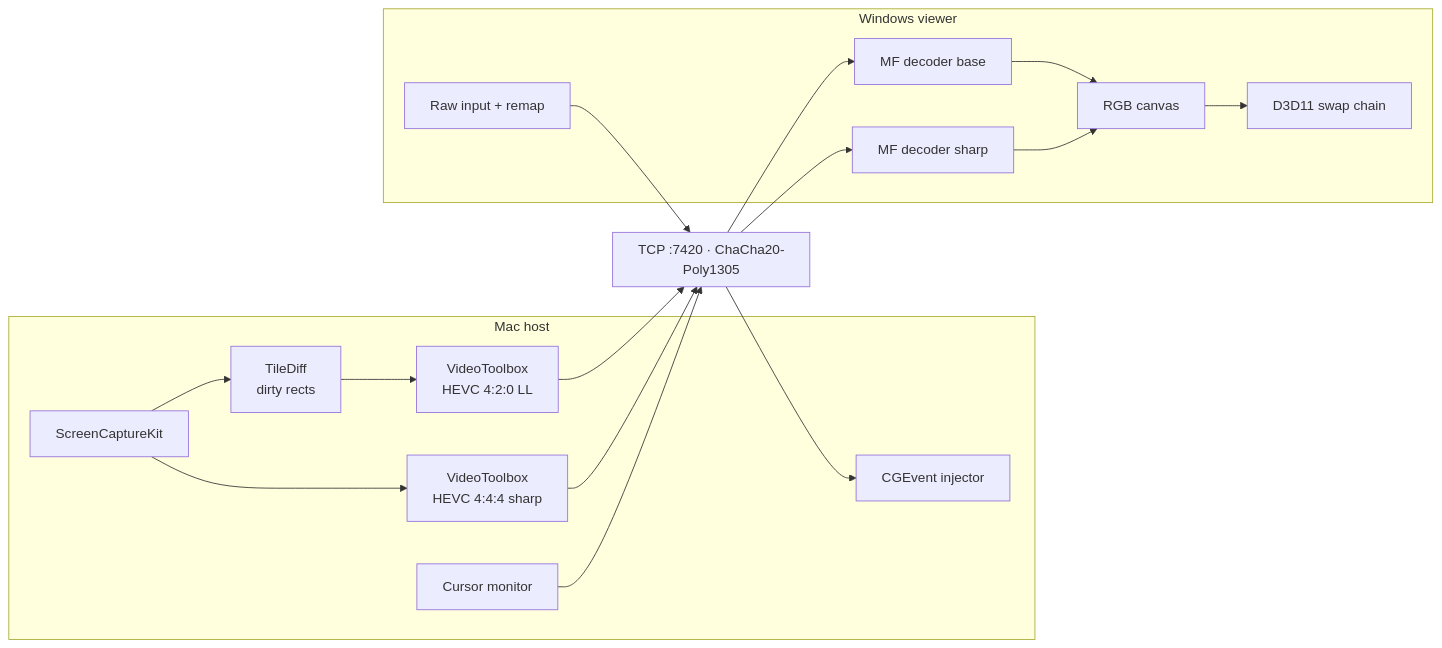
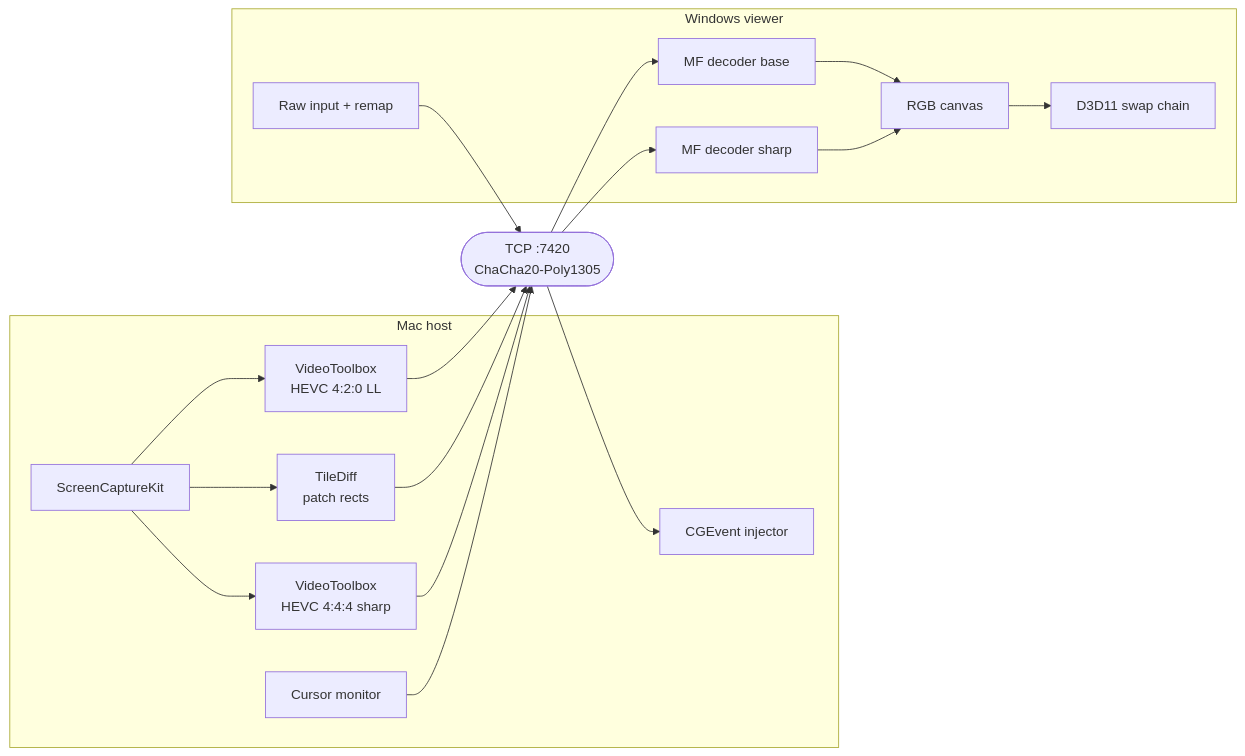
The diagram in README.md (sudoBrandino/glide), drawn with Mermaid before and after one commit.

Commit message:
README: mermaid diagram — TileDiff rects run beside the encoder

````diff
--- a/README.md
+++ b/README.md
@@ -43,22 +43,25 @@
 ```mermaid
 flowchart LR
   subgraph Mac["Mac host"]
-    SCK[ScreenCaptureKit] --> D[TileDiff<br/>dirty rects]
-    D --> E420[VideoToolbox<br/>HEVC 4:2:0 LL]
+    SCK[ScreenCaptureKit] --> E420[VideoToolbox<br/>HEVC 4:2:0 LL]
+    SCK --> D[TileDiff<br/>patch rects]
     SCK --> E444[VideoToolbox<br/>HEVC 4:4:4 sharp]
     CUR[Cursor monitor]
     INJ[CGEvent injector]
   end
-  subgraph Net["TCP :7420 · ChaCha20-Poly1305"]
-  end
+  NET(["TCP :7420<br/>ChaCha20-Poly1305"])
   subgraph PC["Windows viewer"]
     DB[MF decoder base] --> C[RGB canvas]
     DS[MF decoder sharp] --> C
     C --> SW[D3D11 swap chain]
     IN[Raw input + remap]
   end
-  E420 --> Net --> DB
-  E444 --> Net --> DS
-  CUR --> Net
-  IN --> Net --> INJ
+  E420 --> NET
+  D --> NET
+  E444 --> NET
+  CUR --> NET
+  NET --> DB
+  NET --> DS
+  IN --> NET
+  NET --> INJ
 ```
````
